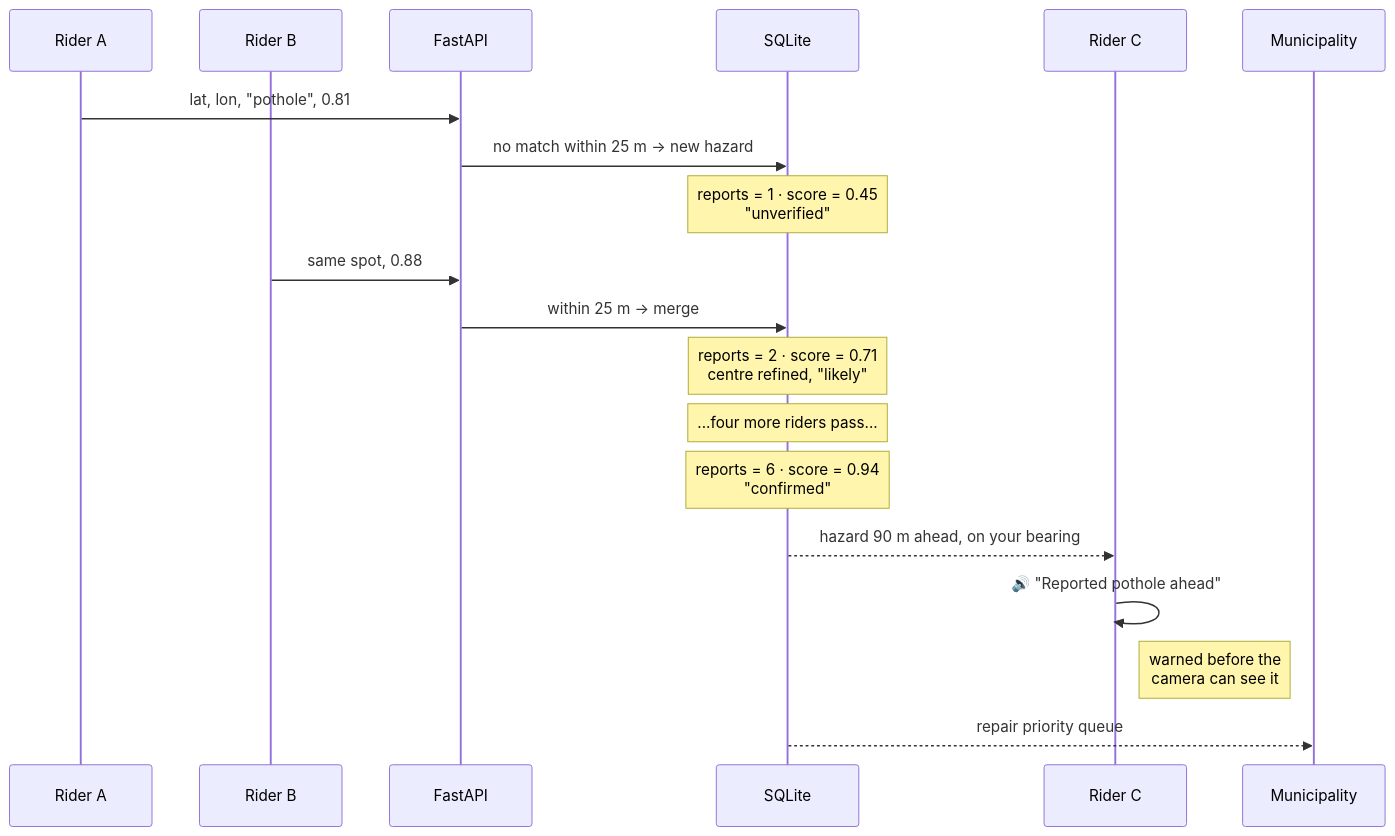
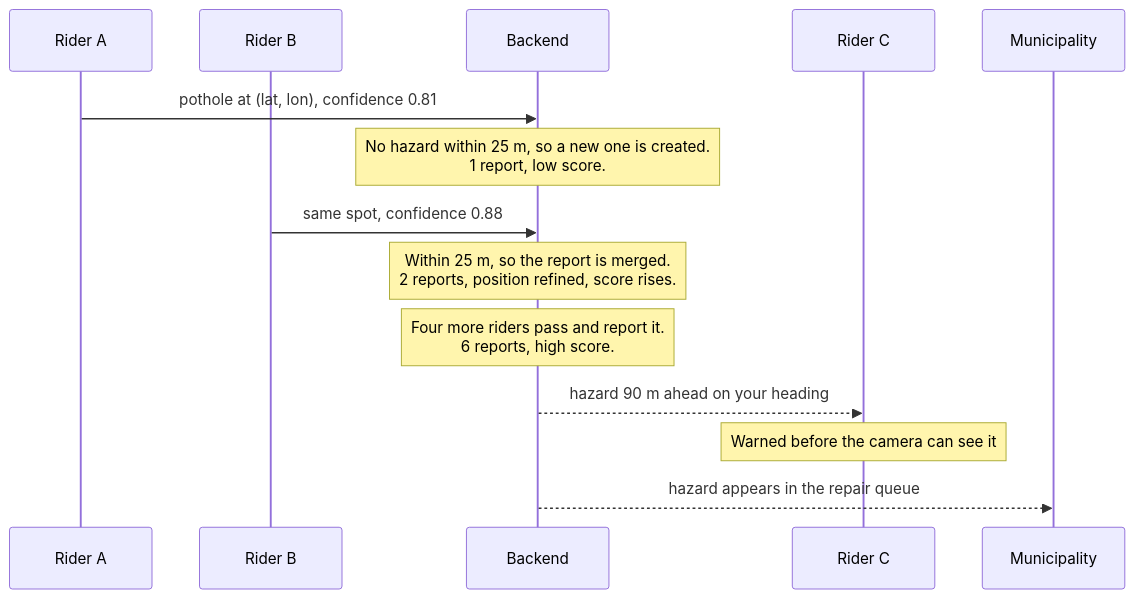
One commit to 4-thkind/DelhiJalNav changed the fourth of 7 diagrams in README.md. Above: the diagram before and after it, drawn with Mermaid. The commit also changed other lines of this file, not shown here.

````diff
--- a/README.md
+++ b/README.md
@@ -344,26 +168,17 @@
 ```mermaid
 sequenceDiagram
-    participant R1 as Rider A
-    participant R2 as Rider B
-    participant API as FastAPI
-    participant DB as SQLite
-    participant R3 as Rider C
-    participant CITY as Municipality
+    participant A as Rider A
+    participant B as Rider B
+    participant API as Backend
+    participant C as Rider C
+    participant City as Municipality
 
-    R1->>API: lat, lon, "pothole", 0.81
-    API->>DB: no match within 25 m → new hazard
-    Note over DB: reports = 1 · score = 0.45<br/>"unverified"
-
-    R2->>API: same spot, 0.88
-    API->>DB: within 25 m → merge
-    Note over DB: reports = 2 · score = 0.71<br/>centre refined, "likely"
-
-    Note over DB: ...four more riders pass...
-    Note over DB: reports = 6 · score = 0.94<br/>"confirmed"
-
-    DB-->>R3: hazard 90 m ahead, on your bearing
-    R3->>R3: 🔊 "Reported pothole ahead"
-    Note right of R3: warned before the<br/>camera can see it
-
-    DB-->>CITY: repair priority queue
+    A->>API: pothole at (lat, lon), confidence 0.81
+    Note over API: No hazard within 25 m, so a new one is created.<br/>1 report, low score.
+    B->>API: same spot, confidence 0.88
+    Note over API: Within 25 m, so the report is merged.<br/>2 reports, position refined, score rises.
+    Note over API: Four more riders pass and report it.<br/>6 reports, high score.
+    API-->>C: hazard 90 m ahead on your heading
+    Note over C: Warned before the camera can see it
+    API-->>City: hazard appears in the repair queue
 ```
````
